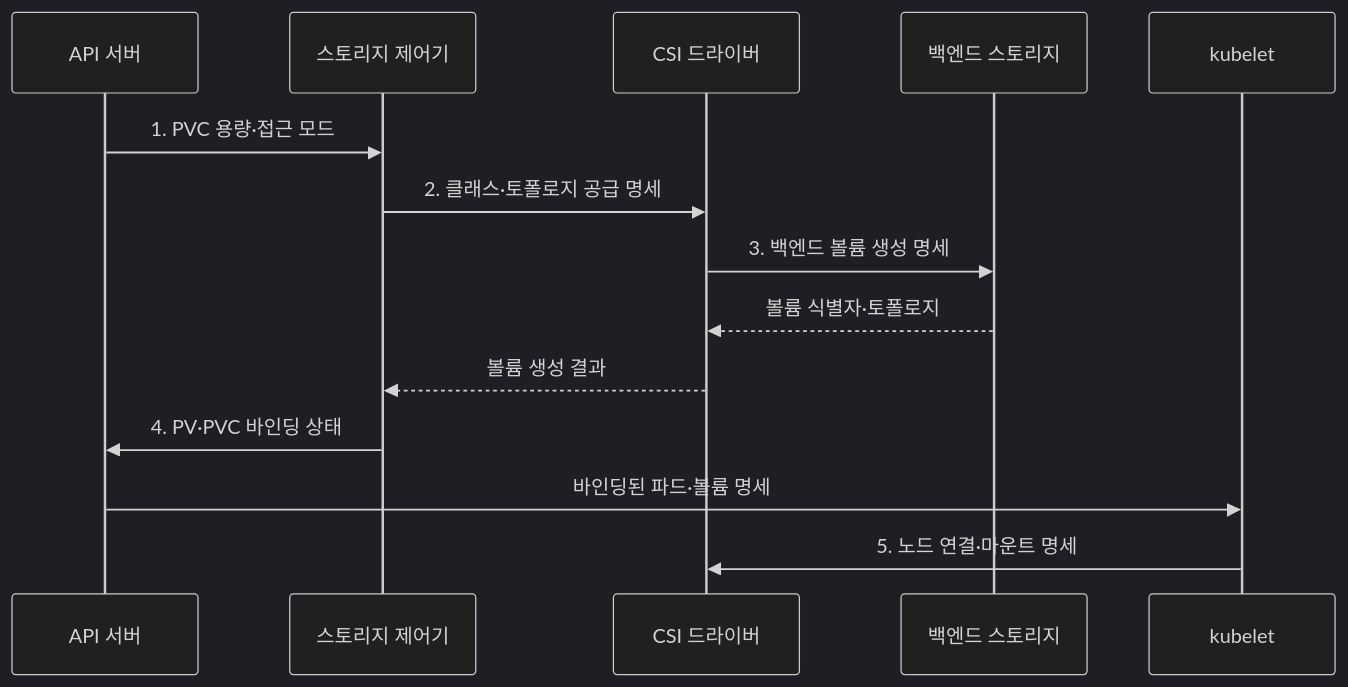
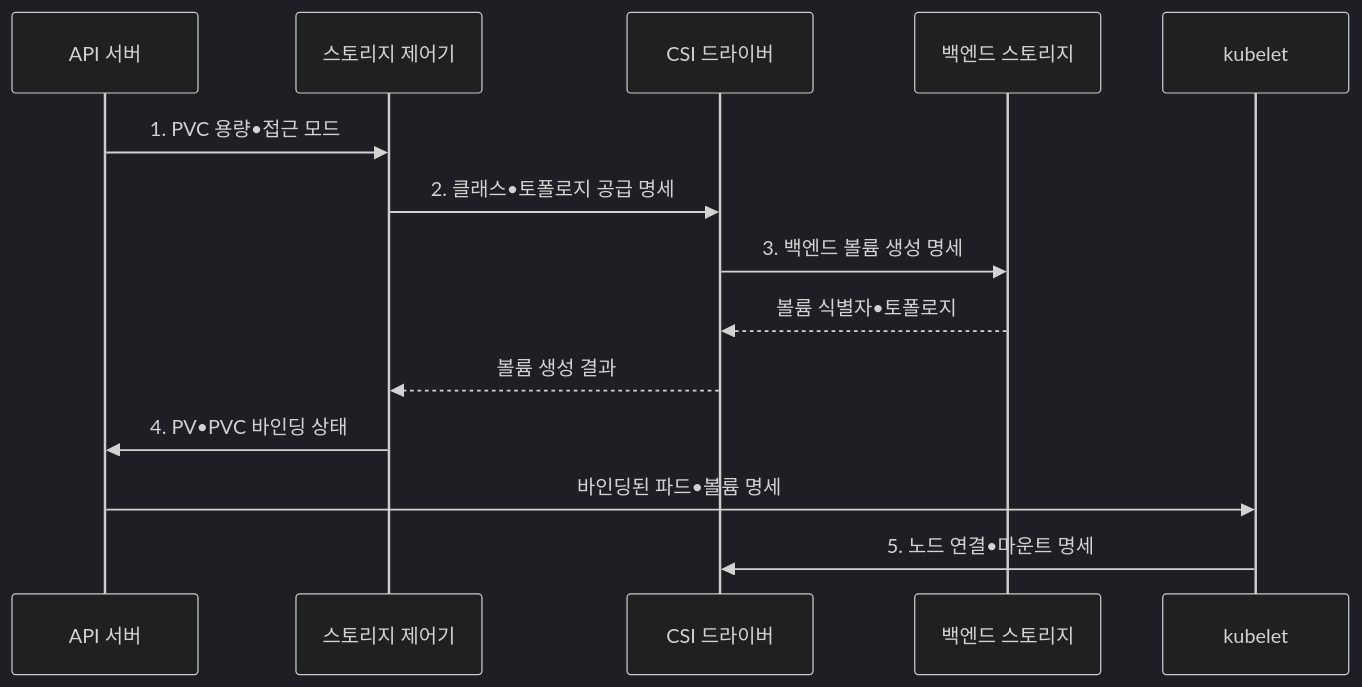
The second of 2 diagrams in src/content/docs/notes/03-software/157_kubernetes_storage.md (agnusdei1207/knowledge-base), drawn with Mermaid (dark theme) before and after one commit. The commit also changed other lines of this file and 953 other files, not shown here.

````diff
--- a/src/content/docs/notes/03-software/157_kubernetes_storage.md
+++ b/src/content/docs/notes/03-software/157_kubernetes_storage.md
@@ -106,16 +106,16 @@
 ```mermaid
 sequenceDiagram
     participant A as API 서버
     participant C as 스토리지 제어기
     participant D as CSI 드라이버
     participant V as 백엔드 스토리지
     participant K as kubelet
-    A->>C: 1. PVC 용량·접근 모드
-    C->>D: 2. 클래스·토폴로지 공급 명세
+    A->>C: 1. PVC 용량•접근 모드
+    C->>D: 2. 클래스•토폴로지 공급 명세
     D->>V: 3. 백엔드 볼륨 생성 명세
-    V-->>D: 볼륨 식별자·토폴로지
+    V-->>D: 볼륨 식별자•토폴로지
     D-->>C: 볼륨 생성 결과
-    C->>A: 4. PV·PVC 바인딩 상태
-    A->>K: 바인딩된 파드·볼륨 명세
-    K->>D: 5. 노드 연결·마운트 명세
+    C->>A: 4. PV•PVC 바인딩 상태
+    A->>K: 바인딩된 파드•볼륨 명세
+    K->>D: 5. 노드 연결•마운트 명세
 ```
````
